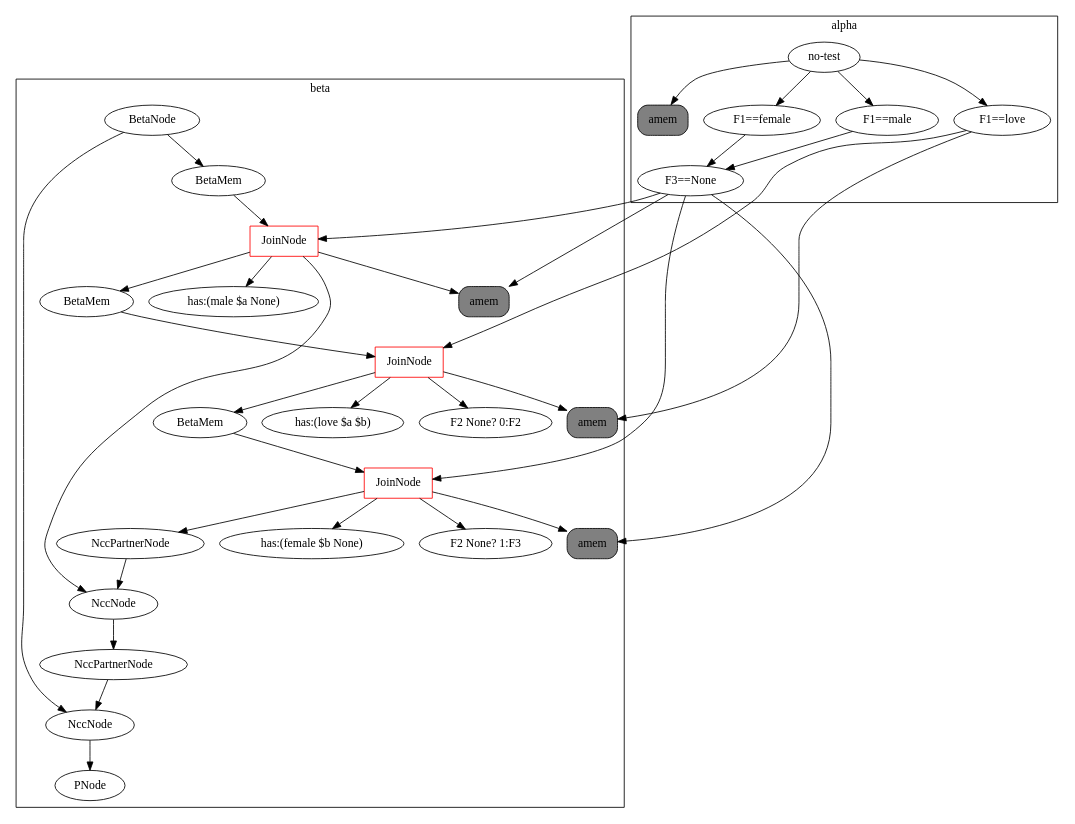
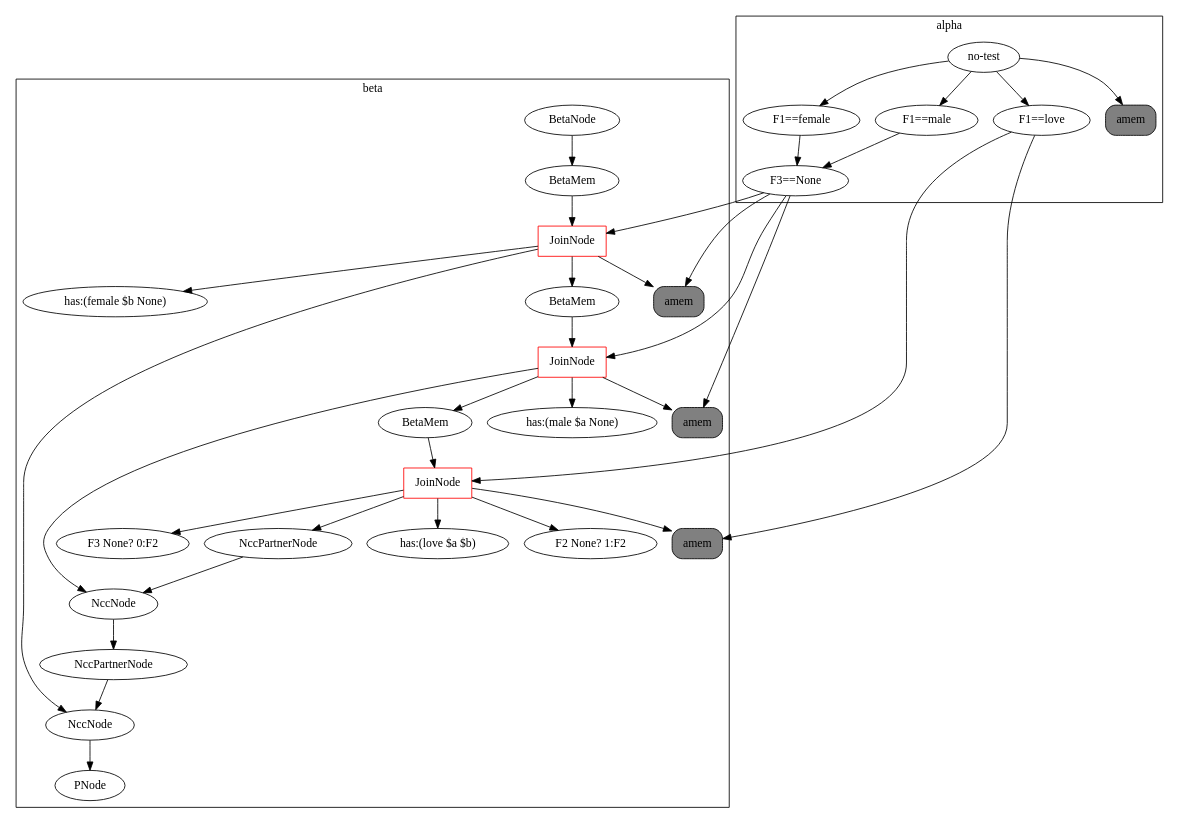
Before and after one commit to Cybernetic1/GIRL: the diagram in rete.dot, drawn with Graphviz. The commit also changed 2 other files, not shown here.

```diff
--- a/rete.dot
+++ b/rete.dot
@@ -1,57 +1,57 @@
 digraph {
 	subgraph cluster_1 {
 	label = beta
-	"BetaNode 139979407977048" [label="BetaNode"];
-	"BetaNode 139979407977048" -> "BetaMemory 139979408042416";
-	"BetaMemory 139979408042416" [label="BetaMem"];
-	"BetaMemory 139979408042416" -> "JoinNode 139979408042696";
-	"JoinNode 139979408042696" [shape=box, color=red, label="JoinNode"];
-	"JoinNode 139979408042696" -> "amem:<rete.alpha.AlphaMemory object at 0x7f4f7ee46a90>"
-	"JoinNode 139979408042696" -> "has:(male $a None)"
-	"JoinNode 139979408042696" -> "BetaMemory 139979408042808";
-	"BetaMemory 139979408042808" [label="BetaMem"];
-	"BetaMemory 139979408042808" -> "JoinNode 139979408043032";
-	"JoinNode 139979408043032" [shape=box, color=red, label="JoinNode"];
-	"JoinNode 139979408043032" -> "amem:<rete.alpha.AlphaMemory object at 0x7f4f7ee46ba8>"
-	"JoinNode 139979408043032" -> "has:(love $a $b)"
-	"JoinNode 139979408043032" -> "F2 None? 0:F2"
-	"JoinNode 139979408043032" -> "BetaMemory 139979408043088";
-	"BetaMemory 139979408043088" [label="BetaMem"];
-	"BetaMemory 139979408043088" -> "JoinNode 139979408043368";
-	"JoinNode 139979408043368" [shape=box, color=red, label="JoinNode"];
-	"JoinNode 139979408043368" -> "amem:<rete.alpha.AlphaMemory object at 0x7f4f7ee46d30>"
-	"JoinNode 139979408043368" -> "has:(female $b None)"
-	"JoinNode 139979408043368" -> "F2 None? 1:F3"
-	"JoinNode 139979408043368" -> "<rete.ncc_node.NccPartnerNode object at 0x7f4f7ee46da0>";
-	"<rete.ncc_node.NccPartnerNode object at 0x7f4f7ee46da0>" [label="NccPartnerNode"];
-	"<rete.ncc_node.NccPartnerNode object at 0x7f4f7ee46da0>" -> "<rete.ncc_node.NccNode object at 0x7f4f7ee46b00>";
-	"JoinNode 139979408042696" -> "<rete.ncc_node.NccNode object at 0x7f4f7ee46b00>";
-	"<rete.ncc_node.NccNode object at 0x7f4f7ee46b00>" [label="NccNode"];
-	"<rete.ncc_node.NccNode object at 0x7f4f7ee46b00>" -> "<rete.ncc_node.NccPartnerNode object at 0x7f4f7ee46dd8>";
-	"<rete.ncc_node.NccPartnerNode object at 0x7f4f7ee46dd8>" [label="NccPartnerNode"];
-	"<rete.ncc_node.NccPartnerNode object at 0x7f4f7ee46dd8>" -> "<rete.ncc_node.NccNode object at 0x7f4f7ee46978>";
-	"BetaNode 139979407977048" -> "<rete.ncc_node.NccNode object at 0x7f4f7ee46978>";
-	"<rete.ncc_node.NccNode object at 0x7f4f7ee46978>" [label="NccNode"];
-	"<rete.ncc_node.NccNode object at 0x7f4f7ee46978>" -> "PNode 139979408042304";
-	"PNode 139979408042304" [label="PNode"];
+	"BetaNode 140283015437224" [label="BetaNode"];
+	"BetaNode 140283015437224" -> "BetaMemory 140283015568016";
+	"BetaMemory 140283015568016" [label="BetaMem"];
+	"BetaMemory 140283015568016" -> "JoinNode 140283015568296";
+	"JoinNode 140283015568296" [shape=box, color=red, label="JoinNode"];
+	"JoinNode 140283015568296" -> "amem:<rete.alpha.AlphaMemory object at 0x7f962f4f9b70>"
+	"JoinNode 140283015568296" -> "has:(female $b None)"
+	"JoinNode 140283015568296" -> "BetaMemory 140283015568408";
+	"BetaMemory 140283015568408" [label="BetaMem"];
+	"BetaMemory 140283015568408" -> "JoinNode 140283015568632";
+	"JoinNode 140283015568632" [shape=box, color=red, label="JoinNode"];
+	"JoinNode 140283015568632" -> "amem:<rete.alpha.AlphaMemory object at 0x7f962f4f9cc0>"
+	"JoinNode 140283015568632" -> "has:(male $a None)"
+	"JoinNode 140283015568632" -> "BetaMemory 140283015568744";
+	"BetaMemory 140283015568744" [label="BetaMem"];
+	"BetaMemory 140283015568744" -> "JoinNode 140283015569024";
+	"JoinNode 140283015569024" [shape=box, color=red, label="JoinNode"];
+	"JoinNode 140283015569024" -> "amem:<rete.alpha.AlphaMemory object at 0x7f962f4f9dd8>"
+	"JoinNode 140283015569024" -> "has:(love $a $b)"
+	"JoinNode 140283015569024" -> "F2 None? 1:F2"
+	"JoinNode 140283015569024" -> "F3 None? 0:F2"
+	"JoinNode 140283015569024" -> "<rete.ncc_node.NccPartnerNode object at 0x7f962f4f9eb8>";
+	"<rete.ncc_node.NccPartnerNode object at 0x7f962f4f9eb8>" [label="NccPartnerNode"];
+	"<rete.ncc_node.NccPartnerNode object at 0x7f962f4f9eb8>" -> "<rete.ncc_node.NccNode object at 0x7f962f4f9d30>";
+	"JoinNode 140283015568632" -> "<rete.ncc_node.NccNode object at 0x7f962f4f9d30>";
+	"<rete.ncc_node.NccNode object at 0x7f962f4f9d30>" [label="NccNode"];
+	"<rete.ncc_node.NccNode object at 0x7f962f4f9d30>" -> "<rete.ncc_node.NccPartnerNode object at 0x7f962f4f9ef0>";
+	"<rete.ncc_node.NccPartnerNode object at 0x7f962f4f9ef0>" [label="NccPartnerNode"];
+	"<rete.ncc_node.NccPartnerNode object at 0x7f962f4f9ef0>" -> "<rete.ncc_node.NccNode object at 0x7f962f4f9be0>";
+	"JoinNode 140283015568296" -> "<rete.ncc_node.NccNode object at 0x7f962f4f9be0>";
+	"<rete.ncc_node.NccNode object at 0x7f962f4f9be0>" [label="NccNode"];
+	"<rete.ncc_node.NccNode object at 0x7f962f4f9be0>" -> "PNode 140283015567960";
+	"PNode 140283015567960" [label="PNode"];
 	}
 	subgraph cluster_0 {
 	label = alpha
+	"no-test" -> "F1==female";
+	"F1==female" -> "F3==None";
+	"F3==None" -> "amem:<rete.alpha.AlphaMemory object at 0x7f962f4f9b70>";
+	"amem:<rete.alpha.AlphaMemory object at 0x7f962f4f9b70>" [shape=box, style="rounded,filled", label="amem", fillcolor=gray];
 	"no-test" -> "F1==male";
 	"F1==male" -> "F3==None";
-	"F3==None" -> "amem:<rete.alpha.AlphaMemory object at 0x7f4f7ee46a90>";
-	"amem:<rete.alpha.AlphaMemory object at 0x7f4f7ee46a90>" [shape=box, style="rounded,filled", label="amem", fillcolor=gray];
+	"F3==None" -> "amem:<rete.alpha.AlphaMemory object at 0x7f962f4f9cc0>";
+	"amem:<rete.alpha.AlphaMemory object at 0x7f962f4f9cc0>" [shape=box, style="rounded,filled", label="amem", fillcolor=gray];
 	"no-test" -> "F1==love";
-	"F1==love" -> "amem:<rete.alpha.AlphaMemory object at 0x7f4f7ee46ba8>";
-	"amem:<rete.alpha.AlphaMemory object at 0x7f4f7ee46ba8>" [shape=box, style="rounded,filled", label="amem", fillcolor=gray];
-	"no-test" -> "F1==female";
-	"F1==female" -> "F3==None";
-	"F3==None" -> "amem:<rete.alpha.AlphaMemory object at 0x7f4f7ee46d30>";
-	"amem:<rete.alpha.AlphaMemory object at 0x7f4f7ee46d30>" [shape=box, style="rounded,filled", label="amem", fillcolor=gray];
-	"no-test" -> "amem:<rete.alpha.AlphaMemory object at 0x7f4f7ee367b8>";
-	"amem:<rete.alpha.AlphaMemory object at 0x7f4f7ee367b8>" [shape=box, style="rounded,filled", label="amem", fillcolor=gray];
+	"F1==love" -> "amem:<rete.alpha.AlphaMemory object at 0x7f962f4f9dd8>";
+	"amem:<rete.alpha.AlphaMemory object at 0x7f962f4f9dd8>" [shape=box, style="rounded,filled", label="amem", fillcolor=gray];
+	"no-test" -> "amem:<rete.alpha.AlphaMemory object at 0x7f962f4d9908>";
+	"amem:<rete.alpha.AlphaMemory object at 0x7f962f4d9908>" [shape=box, style="rounded,filled", label="amem", fillcolor=gray];
 	}
-	"F3==None" -> "JoinNode 139979408042696";
-	"F1==love" -> "JoinNode 139979408043032";
-	"F3==None" -> "JoinNode 139979408043368";
+	"F3==None" -> "JoinNode 140283015568296";
+	"F3==None" -> "JoinNode 140283015568632";
+	"F1==love" -> "JoinNode 140283015569024";
 }
```
